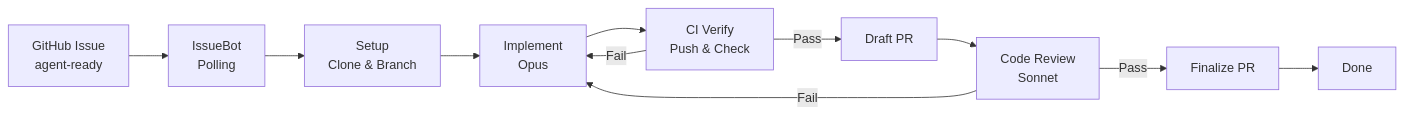
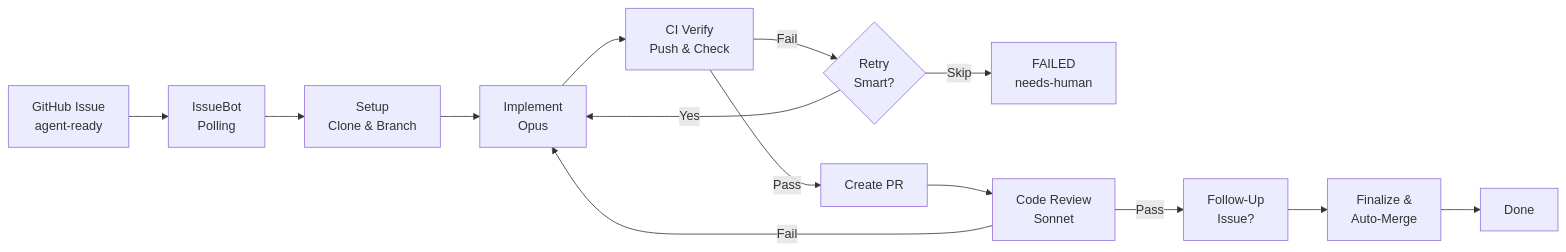
The first of 2 diagrams in README.md (dbbaskette/IssueBot), drawn with Mermaid before and after one commit. The commit also changed other lines of this file and 5 other files, not shown here.

````diff
--- a/README.md
+++ b/README.md
@@ -13,13 +13,16 @@
 ```mermaid
 flowchart LR
     A[GitHub Issue<br>agent-ready] --> B[IssueBot<br>Polling]
     B --> C[Setup<br>Clone & Branch]
     C --> D[Implement<br>Opus]
     D --> E[CI Verify<br>Push & Check]
-    E -->|Fail| D
-    E -->|Pass| F[Draft PR]
-    F --> G[Code Review<br>Sonnet]
-    G -->|Fail| D
-    G -->|Pass| H[Finalize PR]
-    H --> I[Done]
+    E -->|Fail| F{Retry<br>Smart?}
+    F -->|Skip| G[FAILED<br>needs-human]
+    F -->|Yes| D
+    E -->|Pass| H[Create PR]
+    H --> I[Code Review<br>Sonnet]
+    I -->|Fail| D
+    I -->|Pass| J[Follow-Up<br>Issue?]
+    J --> K[Finalize &<br>Auto-Merge]
+    K --> L[Done]
 ```
````
